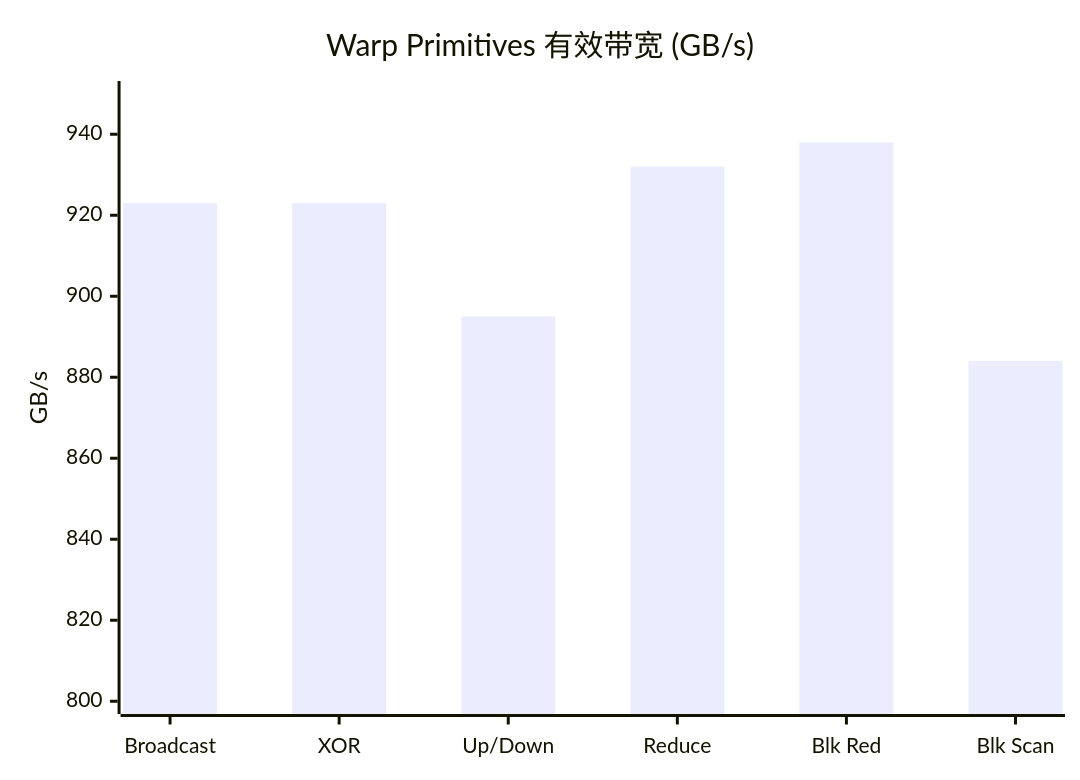
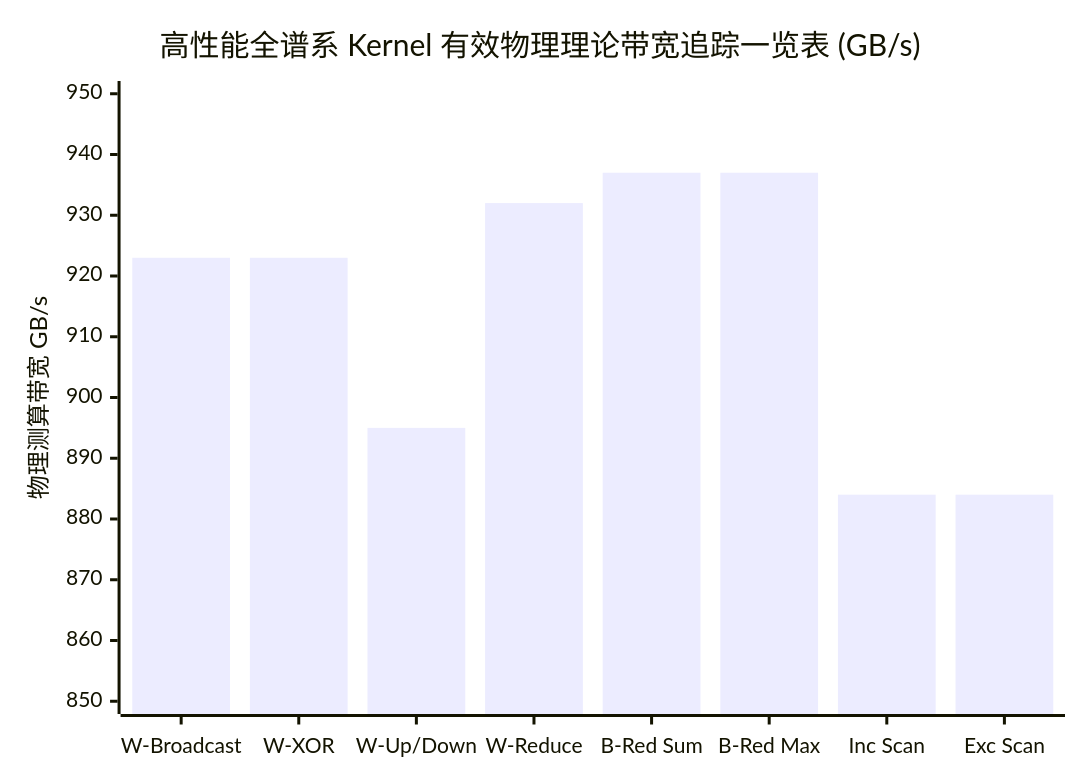
Before and after one commit to psmarter/CUDA-Practice: the second of 2 diagrams in Blogs/06_Warp_Primitives_Register_Shuffle.md, drawn with Mermaid. The commit also changed other lines of this file and 14 other files, not shown here.

````diff
--- a/Blogs/06_Warp_Primitives_Register_Shuffle.md
+++ b/Blogs/06_Warp_Primitives_Register_Shuffle.md
@@ -131,7 +248,7 @@
 ```mermaid
 xychart-beta
-  title "Warp Primitives 有效带宽 (GB/s)"
-  x-axis ["Broadcast", "XOR", "Up/Down", "Reduce", "Blk Red", "Blk Scan"]
-  y-axis "GB/s" 800 --> 950
-  bar [923, 923, 895, 932, 938, 884]
+  title "高性能全谱系 Kernel 有效物理理论带宽追踪一览表 (GB/s)"
+  x-axis ["W-Broadcast", "W-XOR", "W-Up/Down", "W-Reduce", "B-Red Sum", "B-Red Max", "Inc Scan", "Exc Scan"]
+  y-axis "物理测算带宽 GB/s" 850 --> 950
+  bar [923, 923, 895, 932, 937, 937, 884, 884]
 ```
````
